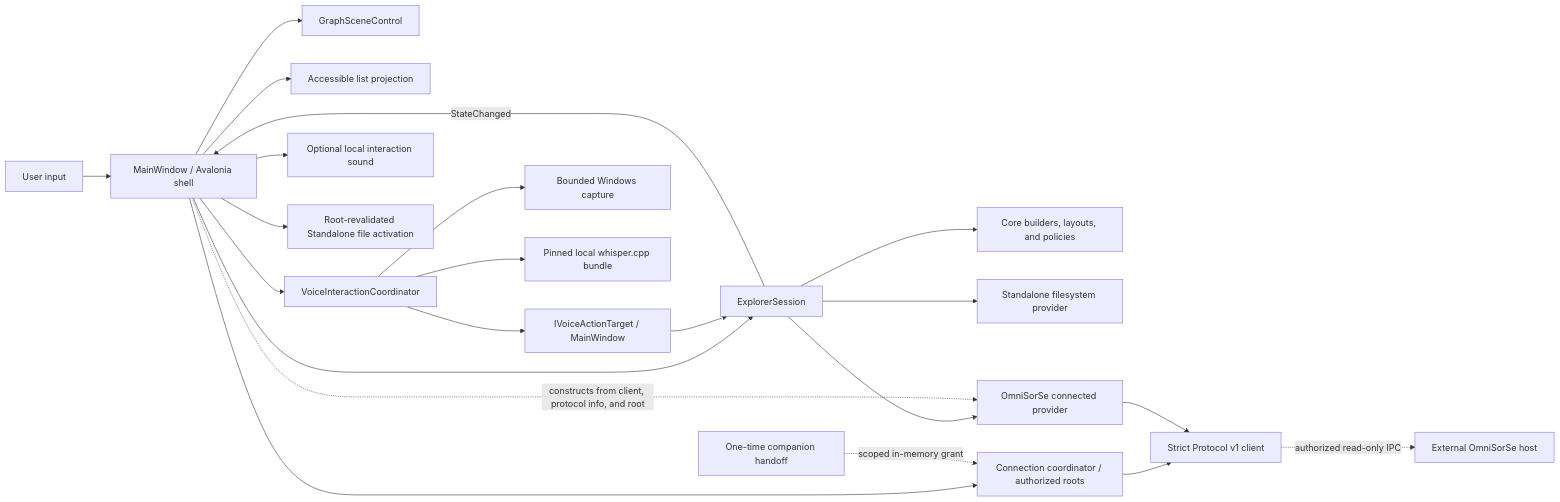
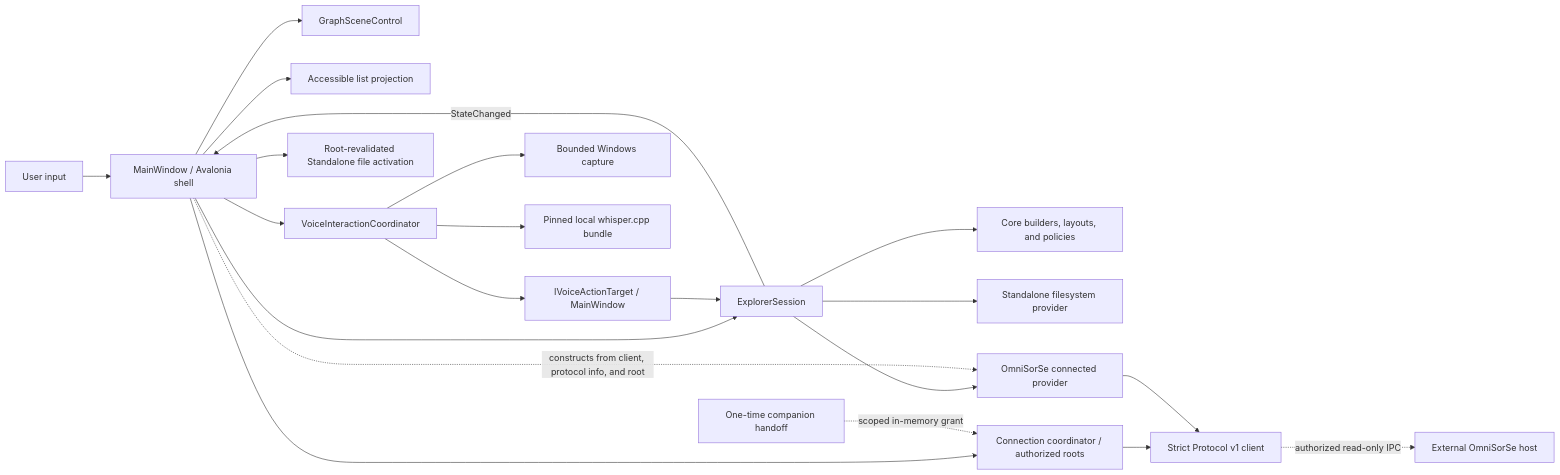
The second of 4 diagrams in docs/architecture.md (Dr-Amit-Lal/OmniBrille), drawn with Mermaid before and after one commit. The commit also changed other lines of this file and 32 other files, not shown here.

````diff
--- a/docs/architecture.md
+++ b/docs/architecture.md
@@ -36,24 +36,23 @@
 ```mermaid
 flowchart LR
     User[User input] --> Shell[MainWindow / Avalonia shell]
     Shell --> Session[ExplorerSession]
     Session --> Core[Core builders, layouts, and policies]
     Session --> FS[Standalone filesystem provider]
     Session --> Connected[OmniSorSe connected provider]
     Shell --> Connection[Connection coordinator / authorized roots]
     Connection --> Client[Strict Protocol v1 client]
     Shell -. constructs from client, protocol info, and root .-> Connected
     Connected --> Client
     Handoff[One-time companion handoff] -. scoped in-memory grant .-> Connection
     Client -. authorized read-only IPC .-> Host[External OmniSorSe host]
     Session -- StateChanged --> Shell
     Shell --> Renderer[GraphSceneControl]
     Shell --> List[Accessible list projection]
     Shell --> Voice[VoiceInteractionCoordinator]
     Voice --> Target[IVoiceActionTarget / MainWindow]
     Target --> Session
     Voice --> Capture[Bounded Windows capture]
     Voice --> Speech[Pinned local whisper.cpp bundle]
-    Shell --> Sound[Optional local interaction sound]
     Shell --> FileOpen[Root-revalidated Standalone file activation]
 ```
````
